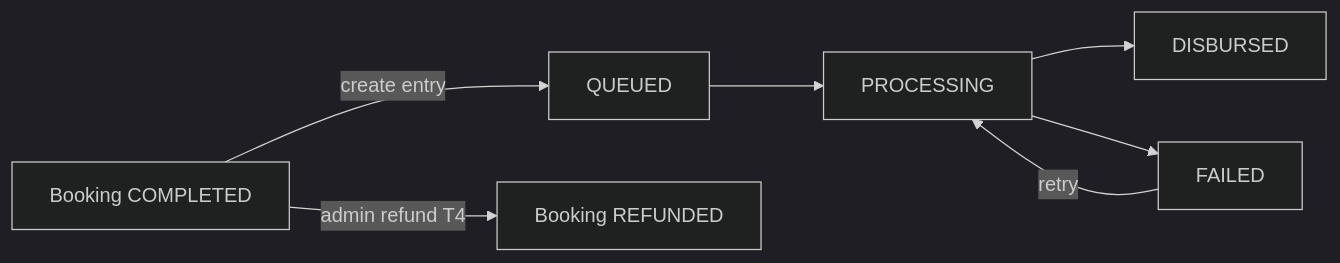
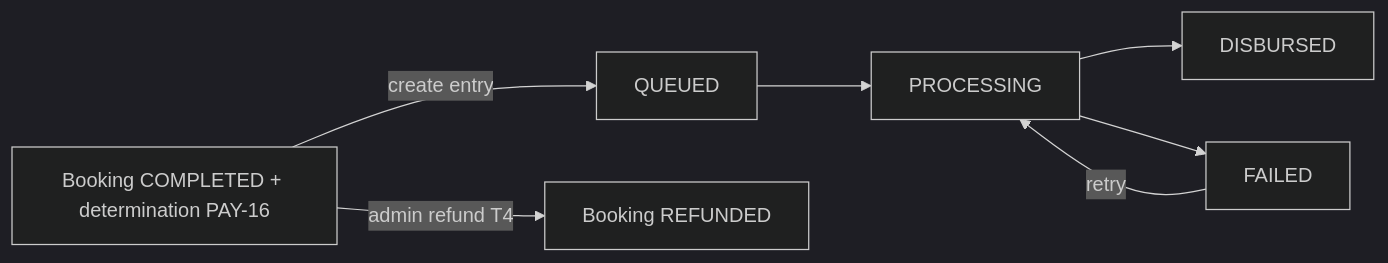
Before and after one commit to markmamba/redcab-docs: the third of 3 diagrams in docs/architecture/payments-architecture.md, drawn with Mermaid (dark theme). The commit also changed other lines of this file and 32 other files, not shown here.

Commit message:
docs: update payment architecture

````diff
--- a/docs/architecture/payments-architecture.md
+++ b/docs/architecture/payments-architecture.md
@@ -111,9 +169,9 @@
 ```mermaid
 graph LR
-  Completed[Booking COMPLETED] -->|create entry| Queued[QUEUED]
+  Completed[Booking COMPLETED + determination PAY-16] -->|create entry| Queued[QUEUED]
   Queued --> Processing[PROCESSING]
   Processing --> Disbursed[DISBURSED]
   Processing --> Failed[FAILED]
   Failed -->|retry| Processing
   Completed -->|admin refund T4| Refunded[Booking REFUNDED]
 ```
````
